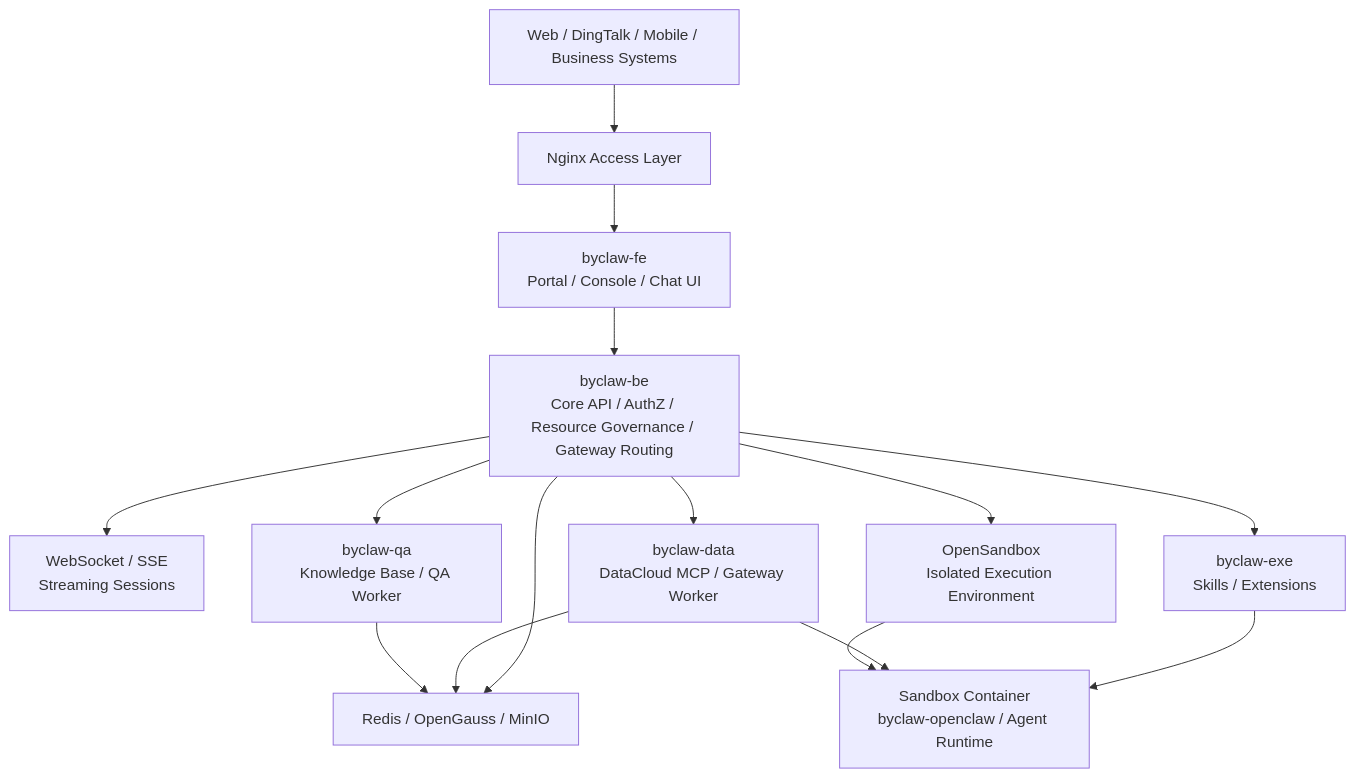
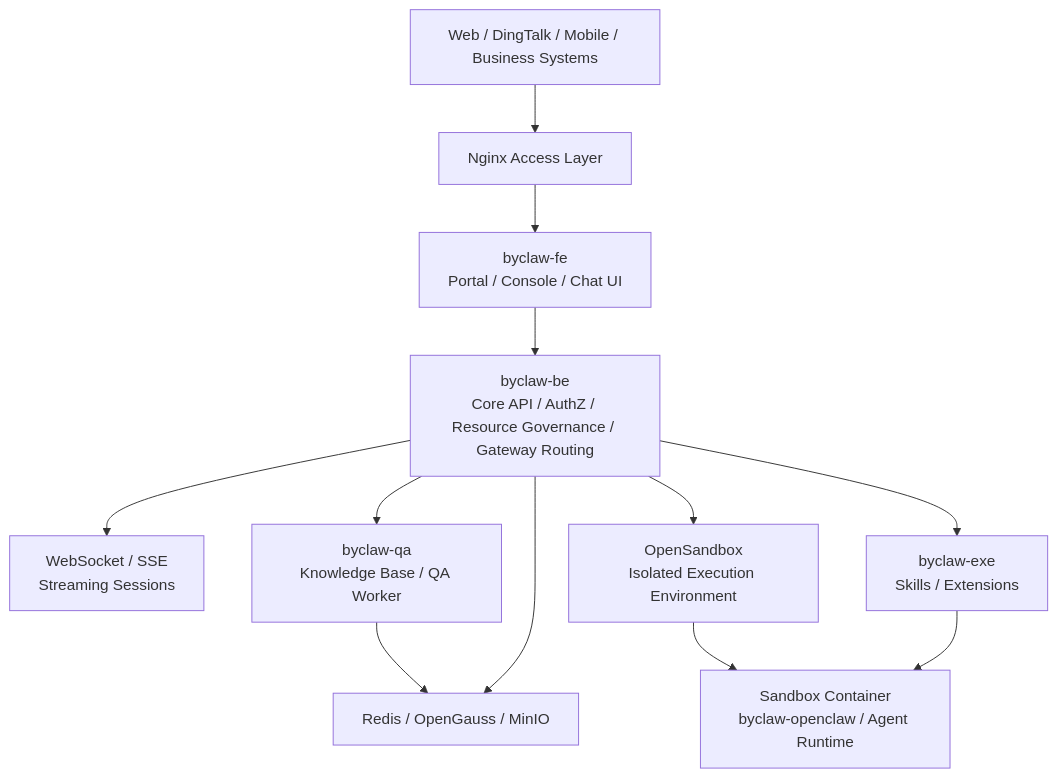
The second of 5 diagrams in README_EN.md (beyonai/ByClaw), drawn with Mermaid before and after one commit. The commit also changed other lines of this file and 1 other file, not shown here.

Commit message:
docs: remove byclaw-data from the architecture overview

````diff
--- a/README_EN.md
+++ b/README_EN.md
@@ -101,17 +101,14 @@
 ```mermaid
 flowchart TB
     client["Web / DingTalk / Mobile / Business Systems"] --> nginx["Nginx Access Layer"]
     nginx --> fe["byclaw-fe<br/>Portal / Console / Chat UI"]
     fe --> be["byclaw-be<br/>Core API / AuthZ / Resource Governance / Gateway Routing"]
     be --> ws["WebSocket / SSE<br/>Streaming Sessions"]
     be --> qa["byclaw-qa<br/>Knowledge Base / QA Worker"]
-    be --> data["byclaw-data<br/>DataCloud MCP / Gateway Worker"]
     be --> exe["byclaw-exe<br/>Skills / Extensions"]
     be --> sandbox["OpenSandbox<br/>Isolated Execution Environment"]
     sandbox --> sandboxRuntime["Sandbox Container<br/>byclaw-openclaw / Agent Runtime"]
-    data --> sandboxRuntime
     exe --> sandboxRuntime
     qa --> infra["Redis / OpenGauss / MinIO"]
-    data --> infra
     be --> infra
 ```
````
